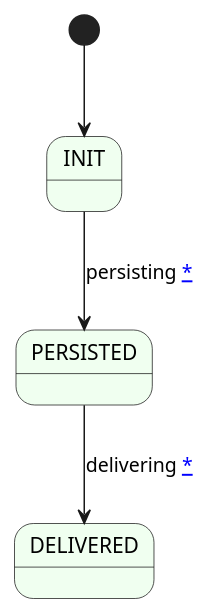
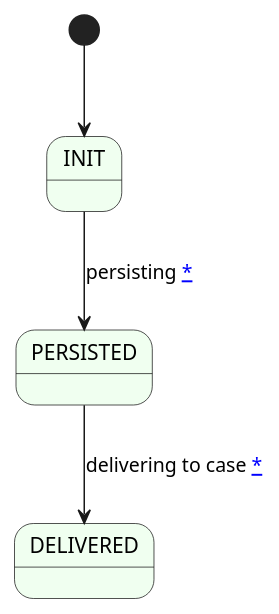
The diagram in diagrams/sample-unit-state.puml (ONSdigital/rm-sample-service), drawn with PlantUML before and after one commit. The commit also changed 3 other files, not shown here.

First line of the commit message:
Add sample unit state change on delivery to case (#203)

```diff
--- a/diagrams/sample-unit-state.puml
+++ b/diagrams/sample-unit-state.puml
@@ -1,9 +1,9 @@
 @startuml
 skinparam state {
     BackgroundColor HoneyDew
 }
 
 [*] --> INIT
 INIT --> PERSISTED : persisting [[https://github.com/ONSdigital/rm-sample-service/blob/main/src/main/java/uk/gov/ons/ctp/response/sample/service/impl/SampleServiceImpl.java#L201 *]]
-PERSISTED --> DELIVERED : delivering [[https://github.com/ONSdigital/rm-sample-service/blob/main/src/main/java/uk/gov/ons/ctp/response/sample/scheduled/distribution/SampleUnitDistributor.java#L146 *]]
+PERSISTED --> DELIVERED : delivering to case [[https://github.com/ONSdigital/rm-sample-service/blob/main/src/main/java/uk/gov/ons/ctp/response/sample/service/SampleDistributionService.java#L103 *]]
 @enduml
```
